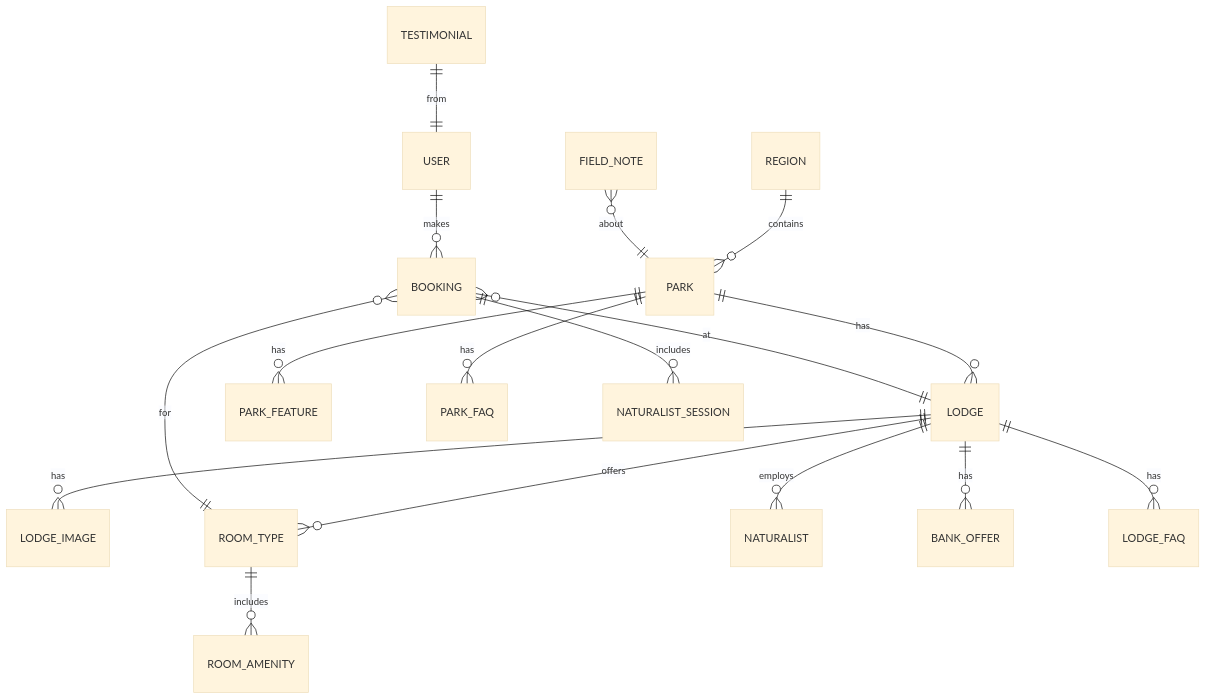
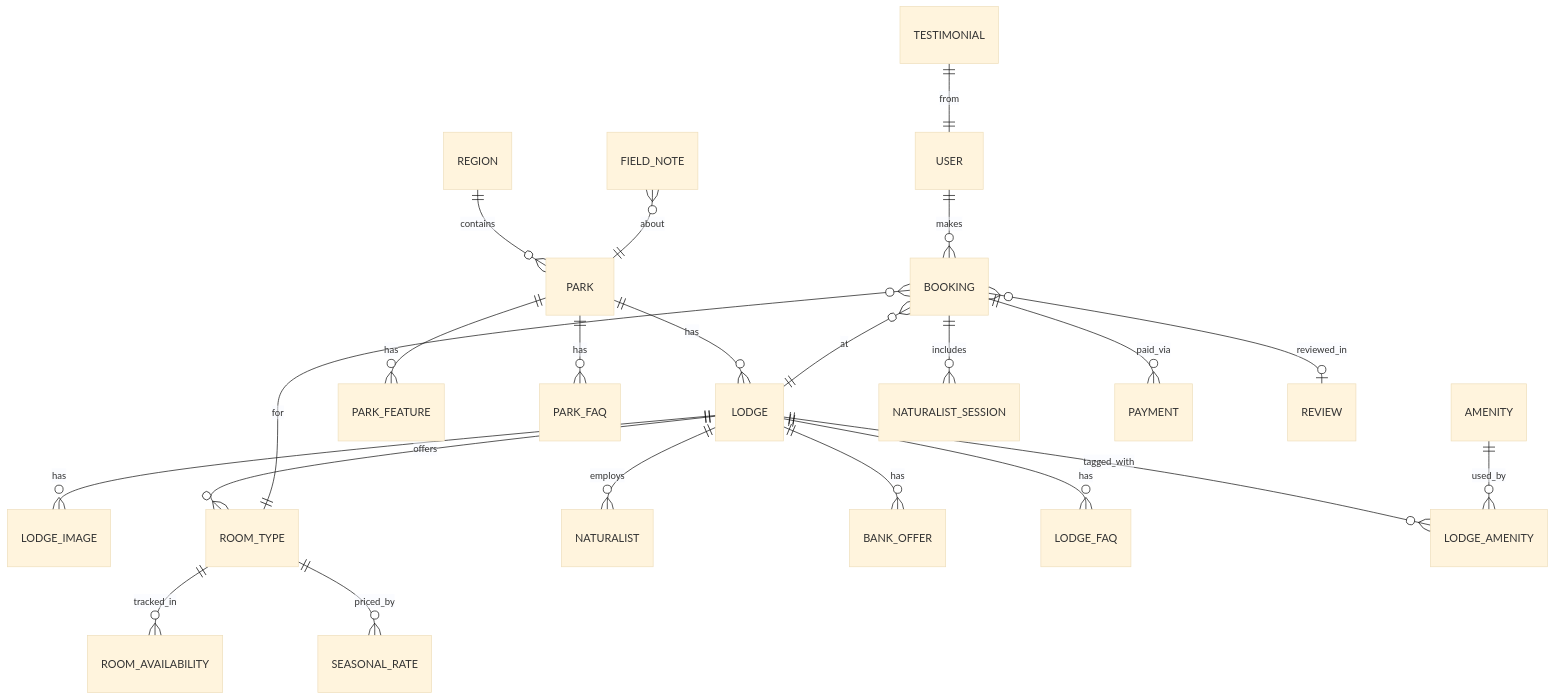
Before and after one commit to Ayush-A9I/CuratedLodges: the diagram in BACKEND_ARCHITECTURE.md, drawn with Mermaid (base theme). The commit also changed other lines of this file, not shown here.

First line of the commit message:
Update BACKEND_ARCHITECTURE.md

````diff
--- a/BACKEND_ARCHITECTURE.md
+++ b/BACKEND_ARCHITECTURE.md
@@ -27,19 +27,24 @@
 ```mermaid
 erDiagram
     REGION ||--o{ PARK : contains
     PARK ||--o{ LODGE : has
     PARK ||--o{ PARK_FEATURE : has
     PARK ||--o{ PARK_FAQ : has
     LODGE ||--o{ LODGE_IMAGE : has
     LODGE ||--o{ ROOM_TYPE : offers
     LODGE ||--o{ NATURALIST : employs
     LODGE ||--o{ BANK_OFFER : has
     LODGE ||--o{ LODGE_FAQ : has
-    ROOM_TYPE ||--o{ ROOM_AMENITY : includes
+    LODGE ||--o{ LODGE_AMENITY : tagged_with
+    AMENITY ||--o{ LODGE_AMENITY : used_by
+    ROOM_TYPE ||--o{ ROOM_AVAILABILITY : tracked_in
+    ROOM_TYPE ||--o{ SEASONAL_RATE : priced_by
     USER ||--o{ BOOKING : makes
     BOOKING ||--o{ NATURALIST_SESSION : includes
+    BOOKING ||--o{ PAYMENT : paid_via
+    BOOKING }o--o| REVIEW : reviewed_in
     BOOKING }o--|| LODGE : at
     BOOKING }o--|| ROOM_TYPE : for
     FIELD_NOTE }o--|| PARK : about
     TESTIMONIAL ||--|| USER : from
 ```
````
